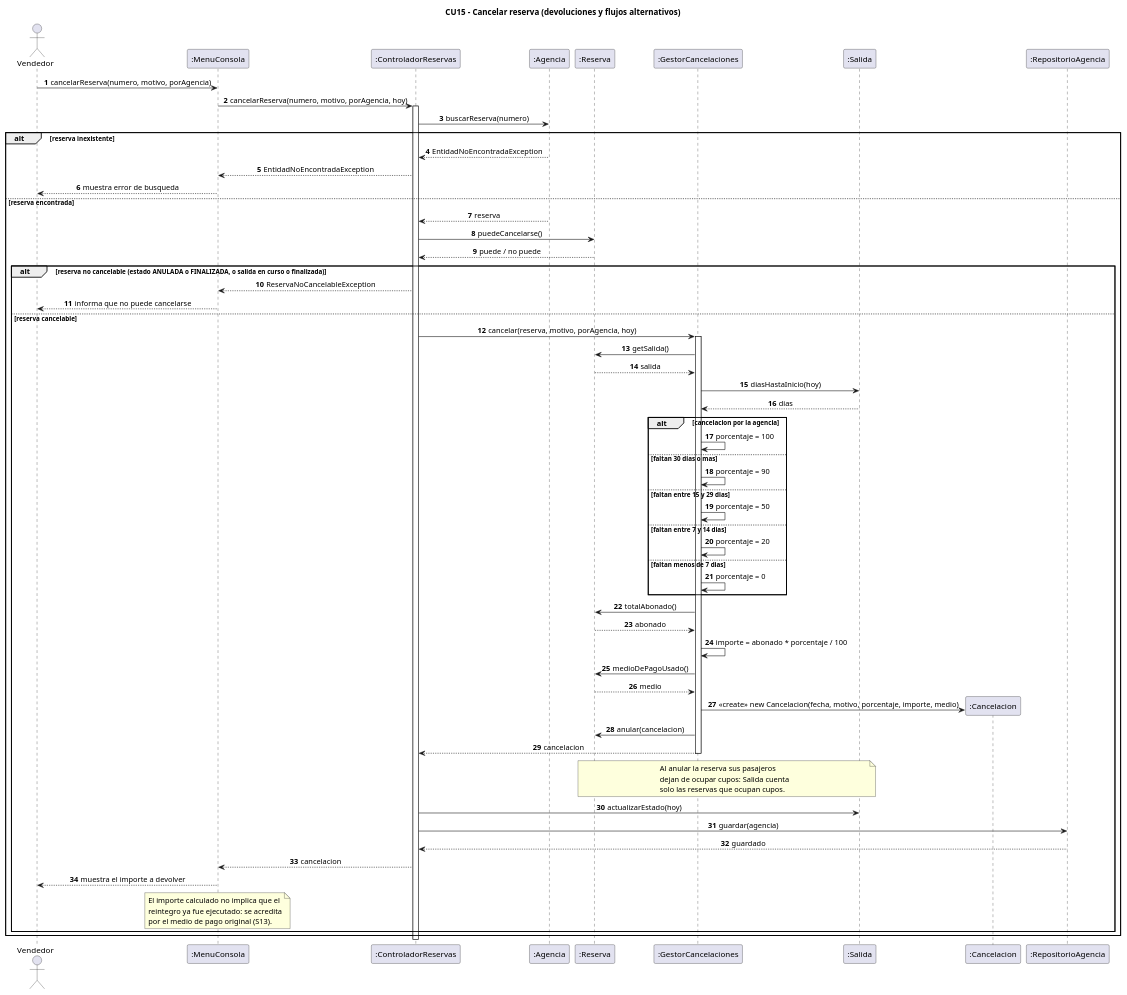
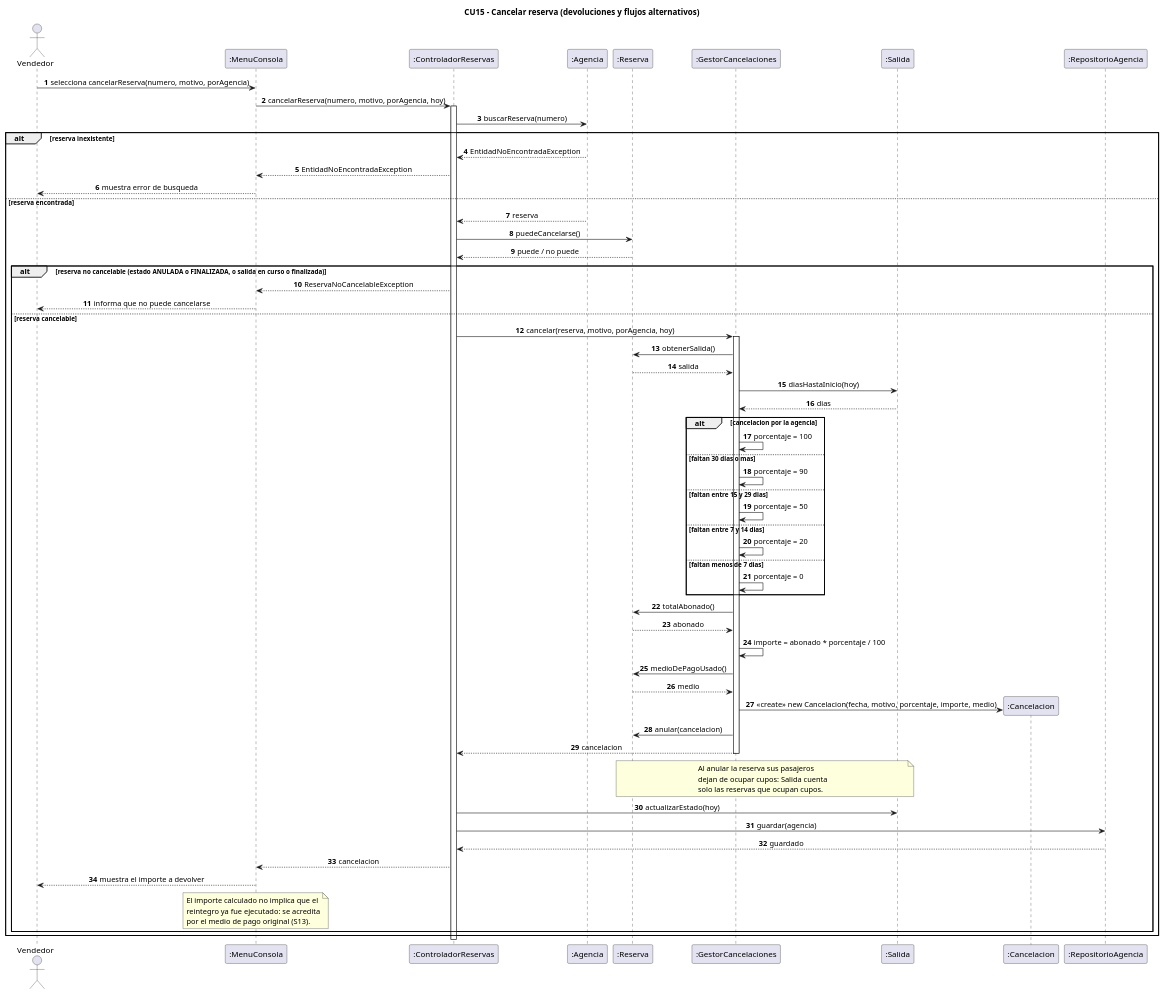
The diagram in docs/uml/03-secuencia-cancelar-reserva.puml (CarlosDanielOK/Avion), drawn with PlantUML before and after one commit. The commit also changed 9 other files, not shown here.

Commit message:
Update UML documentation: change image formats and descriptions for diagrams

```diff
--- a/docs/uml/03-secuencia-cancelar-reserva.puml
+++ b/docs/uml/03-secuencia-cancelar-reserva.puml
@@ -1,97 +1,97 @@
 @startuml 03-secuencia-cancelar-reserva
 title CU15 - Cancelar reserva (devoluciones y flujos alternativos)
 
 skinparam shadowing false
 skinparam backgroundColor White
 skinparam sequenceMessageAlign center
 autonumber
 
 actor Vendedor
 participant ":MenuConsola" as UI
 participant ":ControladorReservas" as CTRL
 participant ":Agencia" as AGE
 participant ":Reserva" as RES
 participant ":GestorCancelaciones" as GC
 participant ":Salida" as SAL
 participant ":Cancelacion" as CAN
 participant ":RepositorioAgencia" as REPO
 
-Vendedor -> UI : cancelarReserva(numero, motivo, porAgencia)
+Vendedor -> UI : selecciona cancelarReserva(numero, motivo, porAgencia)
 UI -> CTRL : cancelarReserva(numero, motivo, porAgencia, hoy)
 activate CTRL
 
 CTRL -> AGE : buscarReserva(numero)
 
 alt reserva inexistente
   AGE --> CTRL : EntidadNoEncontradaException
   CTRL --> UI : EntidadNoEncontradaException
   UI --> Vendedor : muestra error de busqueda
 
 else reserva encontrada
   AGE --> CTRL : reserva
   CTRL -> RES : puedeCancelarse()
   RES --> CTRL : puede / no puede
 
   alt reserva no cancelable (estado ANULADA o FINALIZADA, o salida en curso o finalizada)
     CTRL --> UI : ReservaNoCancelableException
     UI --> Vendedor : informa que no puede cancelarse
 
   else reserva cancelable
     CTRL -> GC : cancelar(reserva, motivo, porAgencia, hoy)
     activate GC
 
-    GC -> RES : getSalida()
+    GC -> RES : obtenerSalida()
     RES --> GC : salida
     GC -> SAL : diasHastaInicio(hoy)
     SAL --> GC : dias
 
     alt cancelacion por la agencia
       GC -> GC : porcentaje = 100
     else faltan 30 dias o mas
       GC -> GC : porcentaje = 90
     else faltan entre 15 y 29 dias
       GC -> GC : porcentaje = 50
     else faltan entre 7 y 14 dias
       GC -> GC : porcentaje = 20
     else faltan menos de 7 dias
       GC -> GC : porcentaje = 0
     end
 
     GC -> RES : totalAbonado()
     RES --> GC : abonado
 
     GC -> GC : importe = abonado * porcentaje / 100
 
     GC -> RES : medioDePagoUsado()
     RES --> GC : medio
 
     create CAN
     GC -> CAN : <<create>> new Cancelacion(fecha, motivo, porcentaje, importe, medio)
 
     GC -> RES : anular(cancelacion)
     GC --> CTRL : cancelacion
     deactivate GC
 
     note over RES,SAL
       Al anular la reserva sus pasajeros
       dejan de ocupar cupos: Salida cuenta
       solo las reservas que ocupan cupos.
     end note
 
     CTRL -> SAL : actualizarEstado(hoy)
     CTRL -> REPO : guardar(agencia)
     REPO --> CTRL : guardado
 
     CTRL --> UI : cancelacion
     UI --> Vendedor : muestra el importe a devolver
 
     note over UI
       El importe calculado no implica que el
       reintegro ya fue ejecutado: se acredita
       por el medio de pago original (S13).
     end note
   end
 end
 
 deactivate CTRL
 @enduml
```
